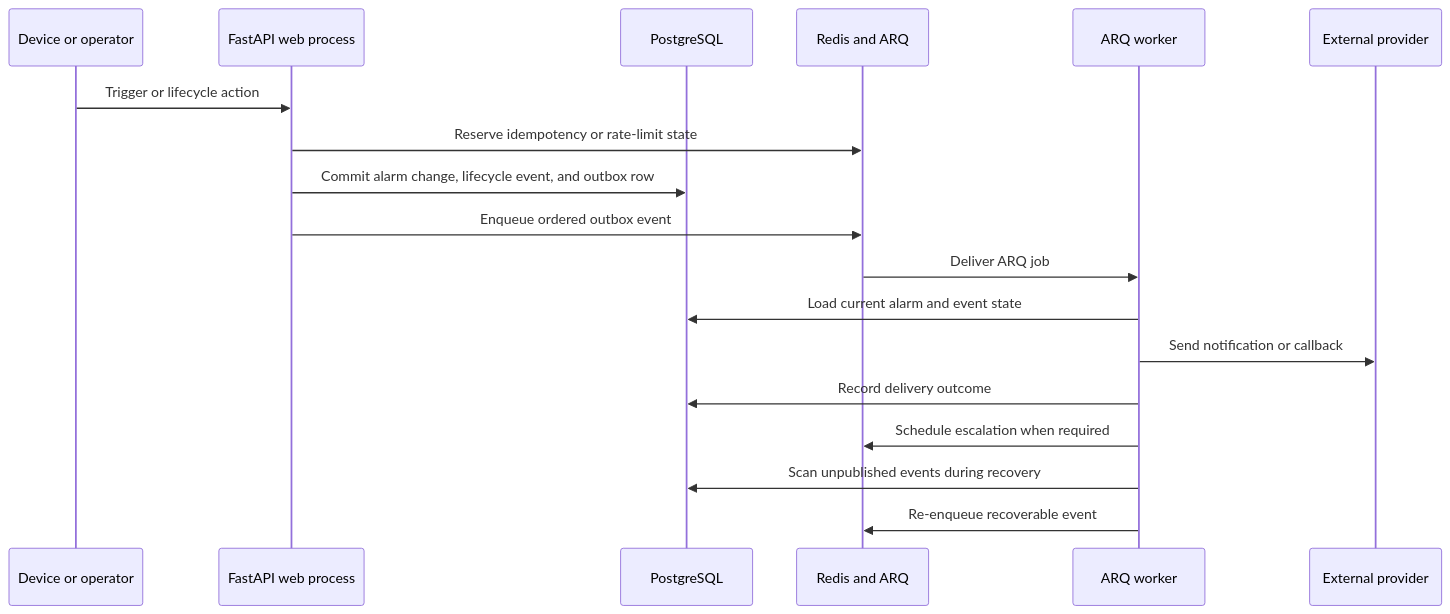
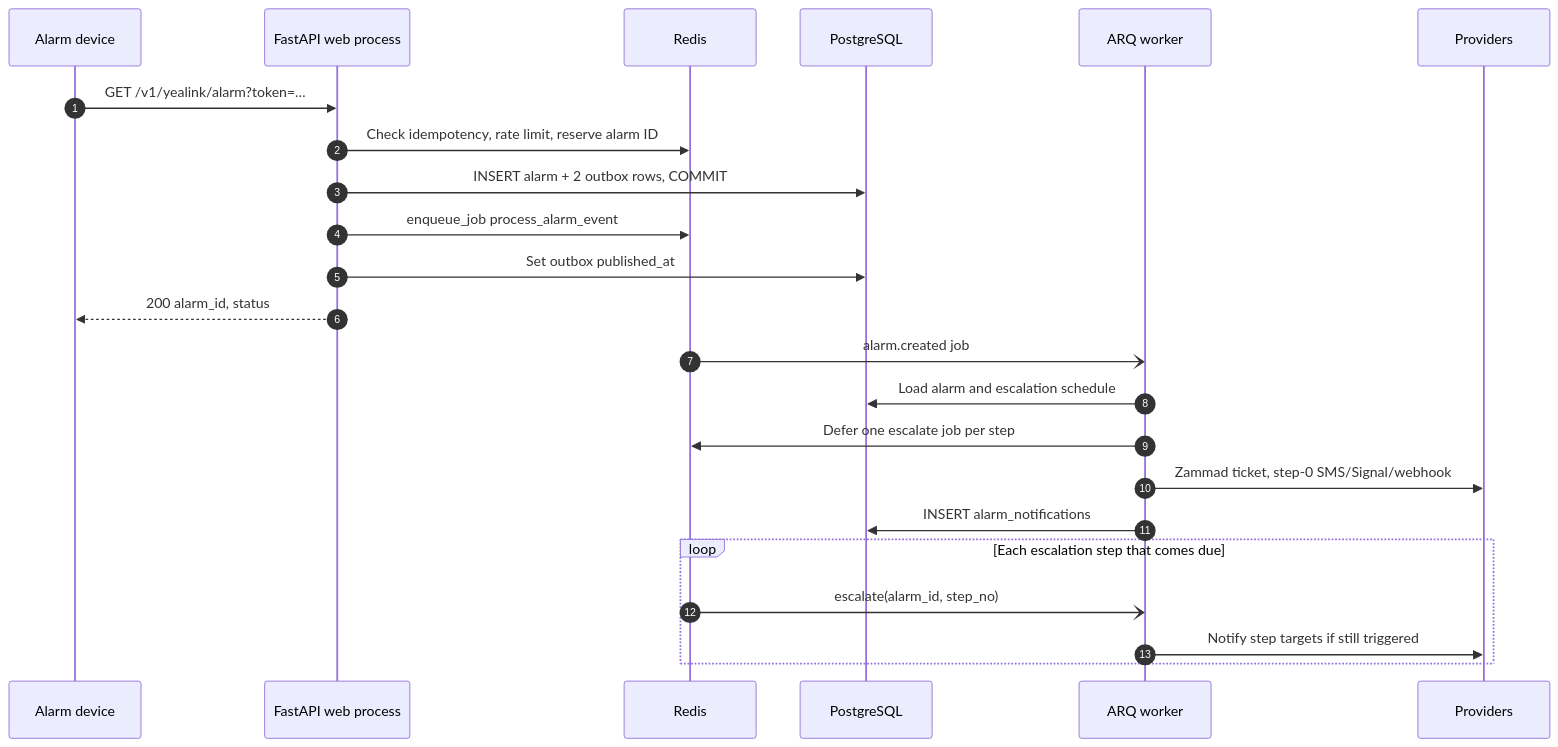
Before and after one commit to sebastianspicker/escalane: the second of 6 diagrams in docs/ARCHITECTURE.md, drawn with Mermaid. The commit also changed other lines of this file and 1 other file, not shown here.

First line of the commit message:
Document how Escalane works with traced diagrams

````diff
--- a/docs/ARCHITECTURE.md
+++ b/docs/ARCHITECTURE.md
@@ -96,21 +134,26 @@
 ```mermaid
 sequenceDiagram
-    participant D as Device or operator
-    participant A as FastAPI web process
-    participant P as PostgreSQL
-    participant R as Redis and ARQ
-    participant W as ARQ worker
-    participant X as External provider
+    autonumber
+    participant dev as Alarm device
+    participant api as FastAPI web process
+    participant redis as Redis
+    participant pg as PostgreSQL
+    participant worker as ARQ worker
+    participant prov as Providers
 
-    D->>A: Trigger or lifecycle action
-    A->>R: Reserve idempotency or rate-limit state
-    A->>P: Commit alarm change, lifecycle event, and outbox row
-    A->>R: Enqueue ordered outbox event
-    R->>W: Deliver ARQ job
-    W->>P: Load current alarm and event state
-    W->>X: Send notification or callback
-    W->>P: Record delivery outcome
-    W->>R: Schedule escalation when required
-    W->>P: Scan unpublished events during recovery
-    W->>R: Re-enqueue recoverable event
+    dev->>api: GET /v1/yealink/alarm?token=…
+    api->>redis: Check idempotency, rate limit, reserve alarm ID
+    api->>pg: INSERT alarm + 2 outbox rows, COMMIT
+    api->>redis: enqueue_job process_alarm_event
+    api->>pg: Set outbox published_at
+    api-->>dev: 200 alarm_id, status
+    redis-)worker: alarm.created job
+    worker->>pg: Load alarm and escalation schedule
+    worker->>redis: Defer one escalate job per step
+    worker->>prov: Zammad ticket, step-0 SMS/Signal/webhook
+    worker->>pg: INSERT alarm_notifications
+    loop Each escalation step that comes due
+        redis-)worker: escalate(alarm_id, step_no)
+        worker->>prov: Notify step targets if still triggered
+    end
 ```
````
